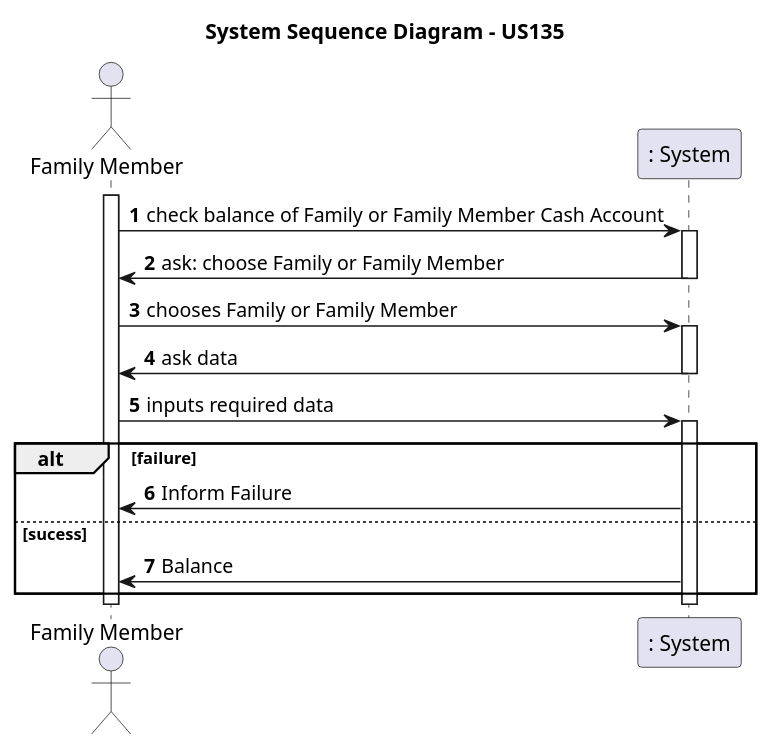
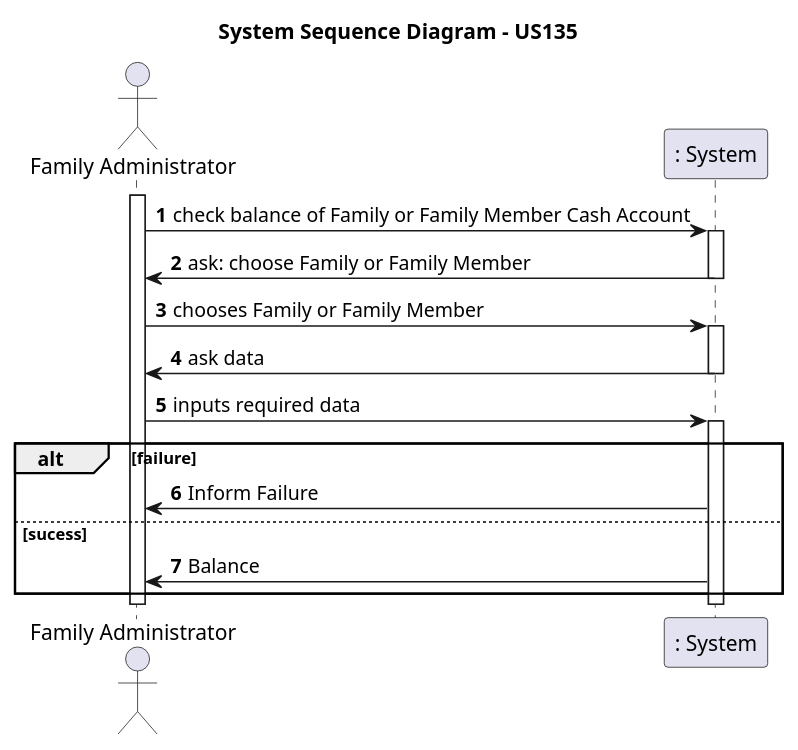
The first of 7 diagrams in docs/sprint2/user_stories/US135_CheckFamilyOrFamilyMemberCashAccountBalance.md (tomas-osswald/switch_2020_g3), drawn with PlantUML before and after one commit. The commit also changed 2 other files, not shown here.

Commit message:
changes to 3.4 in doc of us1373

````diff
--- a/docs/sprint2/user_stories/US135_CheckFamilyOrFamilyMemberCashAccountBalance.md
+++ b/docs/sprint2/user_stories/US135_CheckFamilyOrFamilyMemberCashAccountBalance.md
@@ -22,33 +22,33 @@
 ```puml
 autonumber
 title System Sequence Diagram - US135
 
-actor "Family Member" as familyMember
+actor "Family Administrator" as familyMember
 participant ": System" as system
 
 activate familyMember
 
 familyMember -> system : check balance of Family or Family Member Cash Account
 activate system
 system -> familyMember : ask: choose Family or Family Member
 deactivate system
 
 familyMember -> system : chooses Family or Family Member
 activate system
 system -> familyMember : ask data
 deactivate system
 
 familyMember -> system : inputs required data
 activate system
 alt failure
 system -> familyMember : Inform Failure
 
 else sucess
 system -> familyMember : Balance
 
 end
 
 deactivate system
 
 deactivate familyMember
 ```
````
